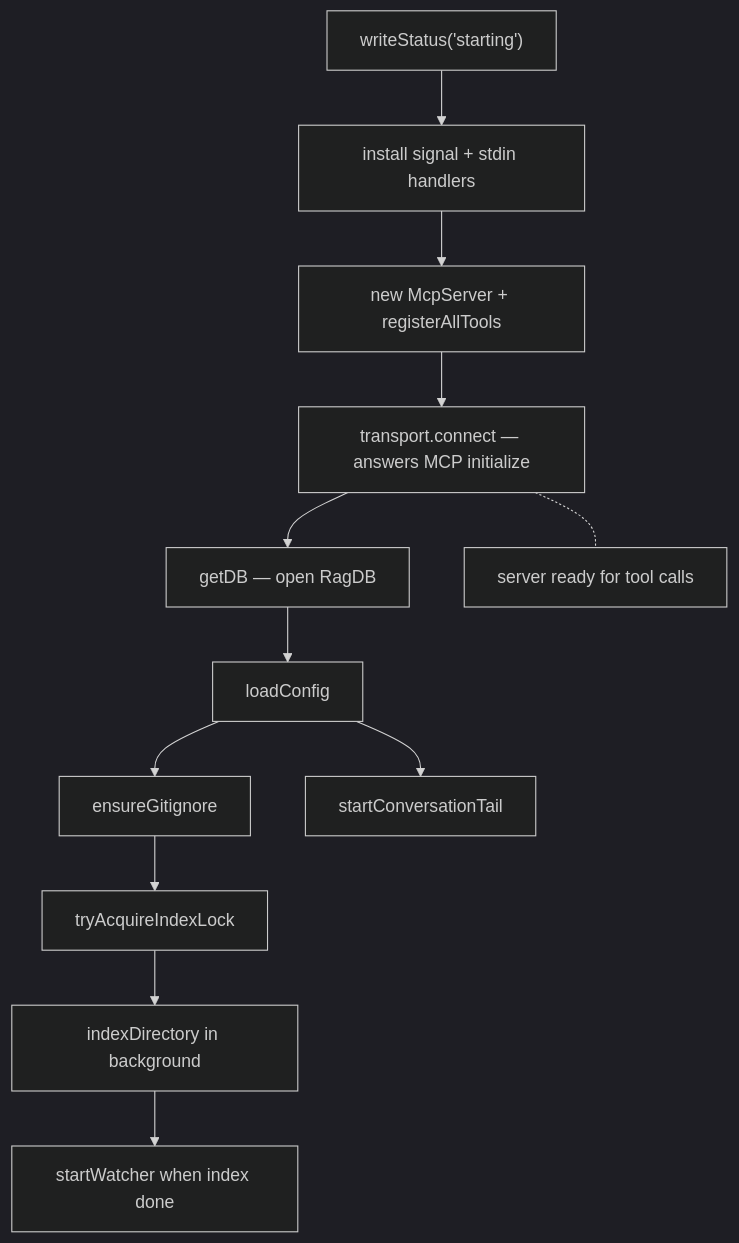
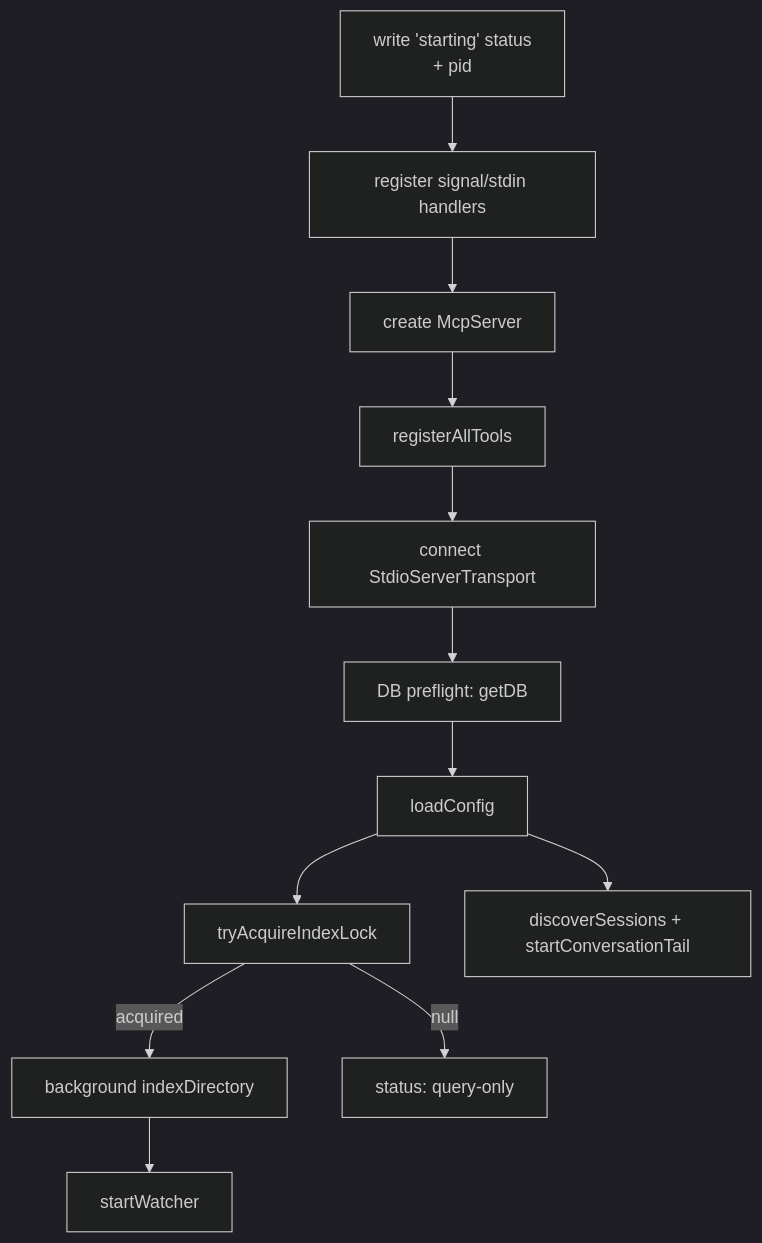
Before and after one commit to TheWinci/mimirs: the diagram in wiki/runtime-lifecycle.md, drawn with Mermaid (dark theme). The commit also changed other lines of this file and 52 other files, not shown here.

````diff
--- a/wiki/runtime-lifecycle.md
+++ b/wiki/runtime-lifecycle.md
@@ -9,14 +15,14 @@
 ```mermaid
 flowchart TD
-  WS["writeStatus('starting')"] --> Sig[install signal + stdin handlers]
-  Sig --> SrvCreate[new McpServer + registerAllTools]
-  SrvCreate --> Connect[transport.connect — answers MCP initialize]
-  Connect --> Preflight[getDB — open RagDB]
-  Preflight --> Cfg[loadConfig]
-  Cfg --> Gitignore[ensureGitignore]
-  Gitignore --> Lock[tryAcquireIndexLock]
-  Lock --> BgIndex[indexDirectory in background]
-  BgIndex --> Watch[startWatcher when index done]
-  Cfg --> ConvTail[startConversationTail]
-  Connect -.- ready[server ready for tool calls]
+  a[write 'starting' status<br>+ pid] --> b[register signal/stdin handlers]
+  b --> c[create McpServer]
+  c --> d[registerAllTools]
+  d --> e[connect StdioServerTransport]
+  e --> f[DB preflight: getDB]
+  f --> g[loadConfig]
+  g --> h[tryAcquireIndexLock]
+  h -->|acquired| i[background indexDirectory]
+  i --> j[startWatcher]
+  h -->|null| k[status: query-only]
+  g --> l[discoverSessions + startConversationTail]
 ```
````
